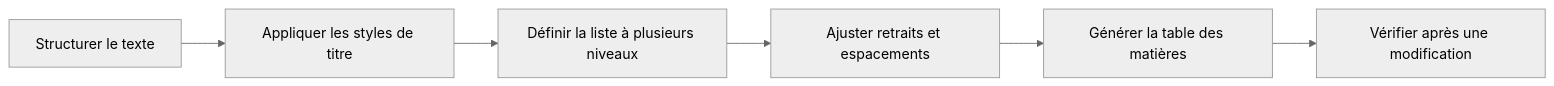
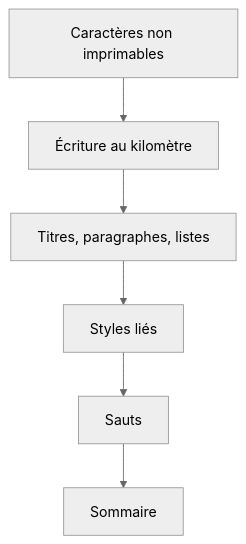
Before and after one commit to sk34pk25/tssr-cours: the diagram in docs/modules/03-microsoft-365-outils-collaboratifs/module-02-connaissances-des-notions-de-base-word.md, drawn with Mermaid (neutral theme). The commit also changed other lines of this file and 11 other files, not shown here.

````diff
--- a/docs/modules/03-microsoft-365-outils-collaboratifs/module-02-connaissances-des-notions-de-base-word.md
+++ b/docs/modules/03-microsoft-365-outils-collaboratifs/module-02-connaissances-des-notions-de-base-word.md
@@ -110,8 +48,8 @@
 ```mermaid
-flowchart LR
-    A["Structurer le texte"] --> B["Appliquer les styles de titre"]
-    B --> C["Définir la liste à plusieurs niveaux"]
-    C --> D["Ajuster retraits et espacements"]
-    D --> E["Générer la table des matières"]
-    E --> F["Vérifier après une modification"]
+flowchart TD
+    A["Caractères non imprimables"] --> B["Écriture au kilomètre"]
+    B --> C["Titres, paragraphes, listes"]
+    C --> D["Styles liés"]
+    D --> E["Sauts"]
+    E --> F["Sommaire"]
 ```
````
